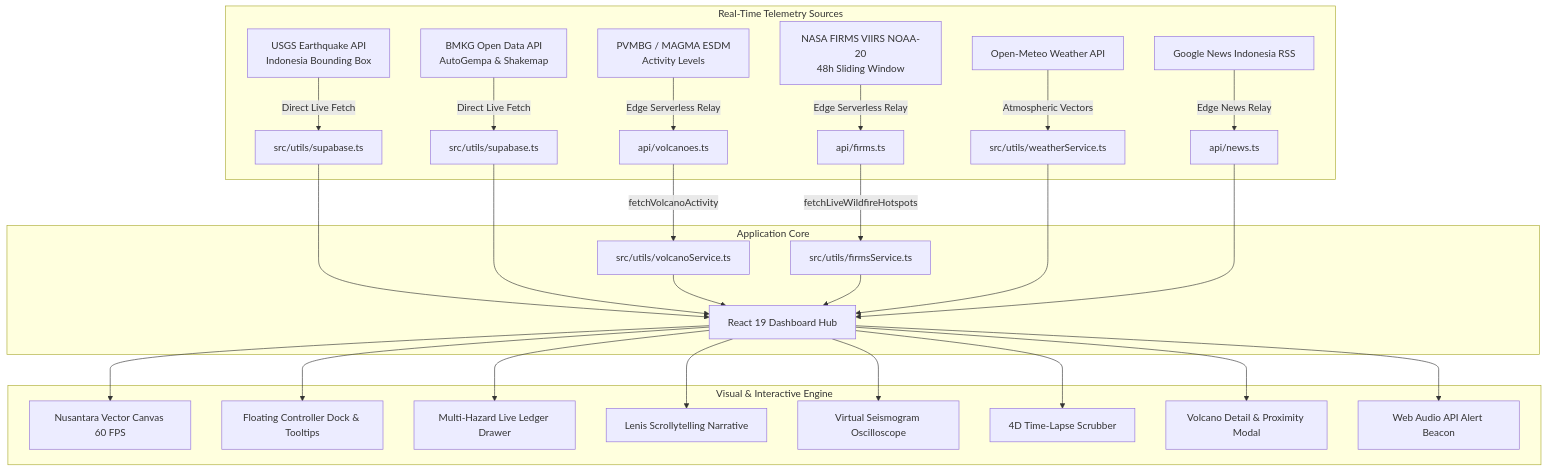
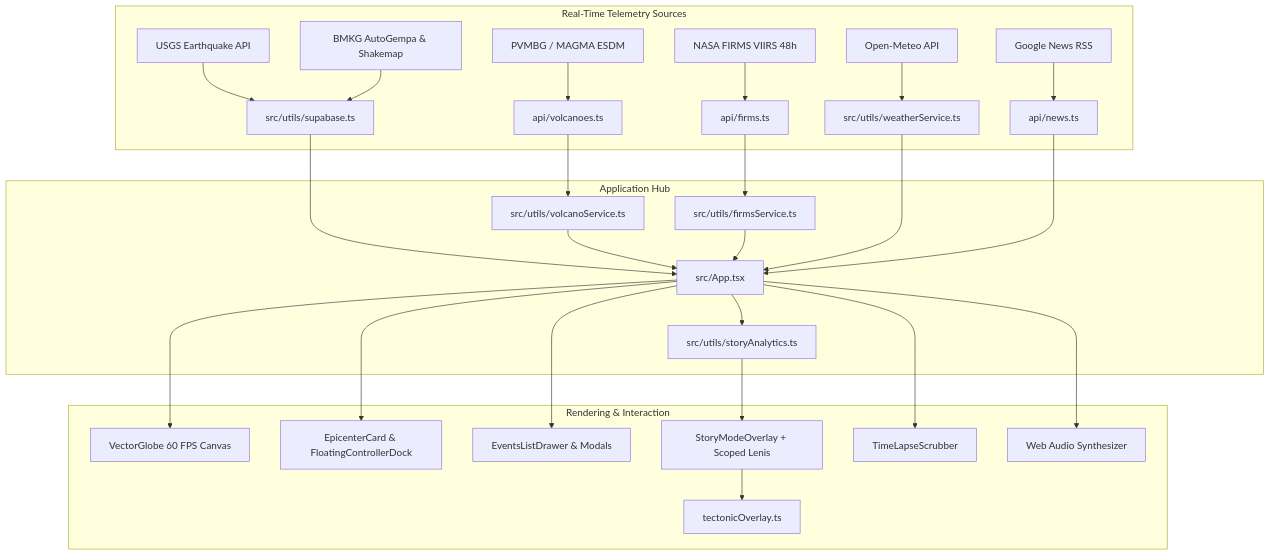
One commit to FerrelHD/Global-Seismic-Tracker changed the diagram in README.md. Above: the diagram before and after it, drawn with Mermaid. The commit also changed other lines of this file, not shown here.

Commit message:
docs(readme): update architecture, scripts, and remove emojis

````diff
--- a/README.md
+++ b/README.md
@@ -96,31 +61,30 @@
 ```mermaid
 graph TD
-  subgraph Real-Time Telemetry Sources
-    USGS[USGS Earthquake API<br/>Indonesia Bounding Box] -->|Direct Live Fetch| SeismicUtil[src/utils/supabase.ts]
-    BMKG[BMKG Open Data API<br/>AutoGempa & Shakemap] -->|Direct Live Fetch| BMKGUtil[src/utils/supabase.ts]
-    PVMBG[PVMBG / MAGMA ESDM<br/>Activity Levels] -->|Edge Serverless Relay| VolcanoAPI[api/volcanoes.ts]
-    FIRMS[NASA FIRMS VIIRS NOAA-20<br/>48h Sliding Window] -->|Edge Serverless Relay| FirmsAPI[api/firms.ts]
-    Meteo[Open-Meteo Weather API] -->|Atmospheric Vectors| WeatherSvc[src/utils/weatherService.ts]
-    News[Google News Indonesia RSS] -->|Edge News Relay| NewsAPI[api/news.ts]
+  subgraph Sources[Real-Time Telemetry Sources]
+    USGS[USGS Earthquake API] --> SupabaseUtil[src/utils/supabase.ts]
+    BMKG[BMKG AutoGempa & Shakemap] --> SupabaseUtil
+    PVMBG[PVMBG / MAGMA ESDM] --> VolcanoAPI[api/volcanoes.ts]
+    FIRMS[NASA FIRMS VIIRS 48h] --> FirmsAPI[api/firms.ts]
+    Meteo[Open-Meteo API] --> WeatherSvc[src/utils/weatherService.ts]
+    News[Google News RSS] --> NewsAPI[api/news.ts]
   end
 
-  subgraph Application Core
-    SeismicUtil --> App[React 19 Dashboard Hub]
-    BMKGUtil --> App
-    VolcanoAPI -->|fetchVolcanoActivity| VolcanoSvc[src/utils/volcanoService.ts] --> App
-    FirmsAPI -->|fetchLiveWildfireHotspots| FirmsSvc[src/utils/firmsService.ts] --> App
+  subgraph Core[Application Hub]
+    SupabaseUtil --> App[src/App.tsx]
+    VolcanoAPI --> VolcanoSvc[src/utils/volcanoService.ts] --> App
+    FirmsAPI --> FirmsSvc[src/utils/firmsService.ts] --> App
     WeatherSvc --> App
     NewsAPI --> App
+    App --> StoryAnalytics[src/utils/storyAnalytics.ts]
   end
 
-  subgraph Visual & Interactive Engine
-    App --> VectorMap[Nusantara Vector Canvas 60 FPS]
-    App --> HUD[Floating Controller Dock & Tooltips]
-    App --> Ledger[Multi-Hazard Live Ledger Drawer]
-    App --> Scrolly[Lenis Scrollytelling Narrative]
-    App --> Seismogram[Virtual Seismogram Oscilloscope]
-    App --> TimeLapse[4D Time-Lapse Scrubber]
-    App --> VolcanoModal[Volcano Detail & Proximity Modal]
-    App --> Audio[Web Audio API Alert Beacon]
+  subgraph Engine[Rendering & Interaction]
+    App --> VectorMap[VectorGlobe 60 FPS Canvas]
+    App --> HUD[EpicenterCard & FloatingControllerDock]
+    App --> Drawer[EventsListDrawer & Modals]
+    StoryAnalytics --> StoryMode[StoryModeOverlay + Scoped Lenis]
+    StoryMode --> VectorOverlay[tectonicOverlay.ts]
+    App --> TimeLapse[TimeLapseScrubber]
+    App --> Audio[Web Audio Synthesizer]
   end
 ```
````
